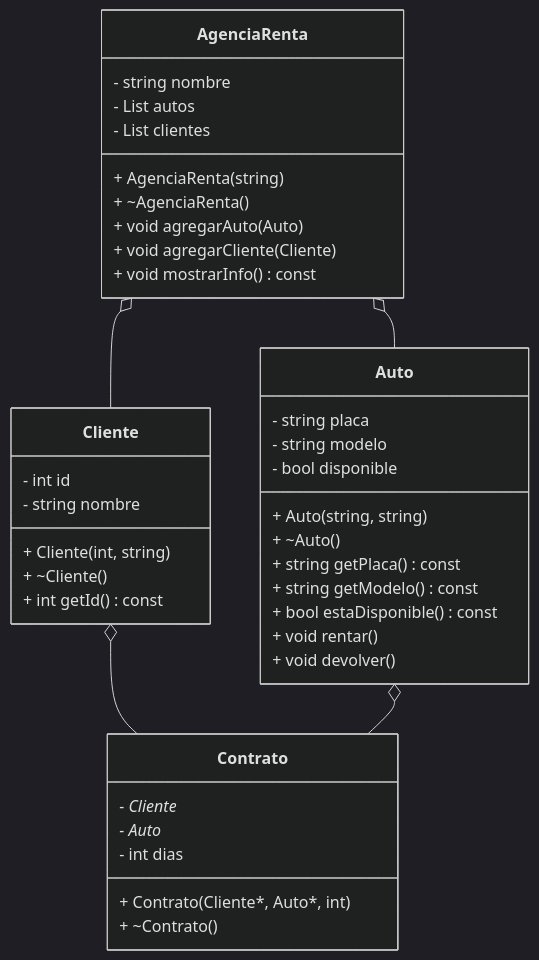
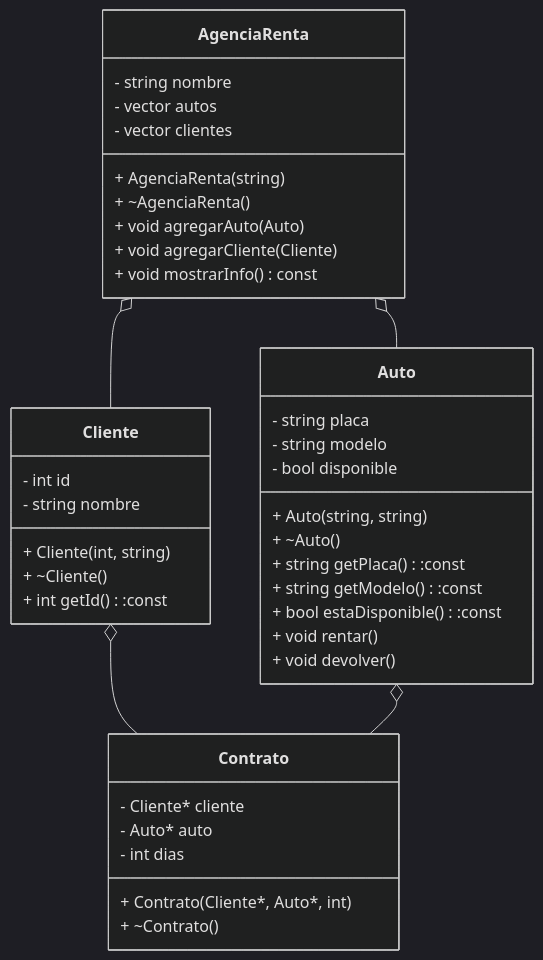
The second of 2 diagrams in README.md (juanferml/diagramasUML), drawn with Mermaid (dark theme) before and after one commit.

````diff
--- a/README.md
+++ b/README.md
@@ -43,48 +43,50 @@
 ```mermaid
 classDiagram
 	
 	class Auto {
 		- string placa
 		- string modelo
 		- bool disponible
 		+ Auto(string, string)
 		+ ~Auto()
-		+ string getPlaca()const
-		+ string getModelo()const
-		+ bool estaDisponible()const
+		+ string getPlaca():const
+		+ string getModelo():const
+		+ bool estaDisponible():const
 		+ void rentar()
 		+ void devolver()
 	}
 	
 	class Cliente {
 		- int id
 		- string nombre
 		+ Cliente(int, string)
 		+ ~Cliente()
-		+ int getId()const
+		+ int getId():const
 	}
 
 	class Contrato {
-		- Cliente*
-		- Auto*
+		- Cliente* cliente
+		- Auto* auto
 		- int dias
 		+ Contrato(Cliente*, Auto*, int)
 		+ ~Contrato()
 	}
 
 	class AgenciaRenta {
 		- string nombre
-		- List<Auto> autos
-		- List<Cliente> clientes
+		- vector<Auto*> autos
+		- vector<Cliente*> clientes
 		+ AgenciaRenta(string)
 		+ ~AgenciaRenta()
 		+ void agregarAuto(Auto)
 		+ void agregarCliente(Cliente)
 		+ void mostrarInfo()const
 	}
 
-	Cliente o-- Contrato
-	Auto o-- Contrato
+
+   	 Cliente o-- Contrato
+   	 Auto o-- Contrato
  	AgenciaRenta o-- Auto 
 	AgenciaRenta o-- Cliente 
+
 ```
````
